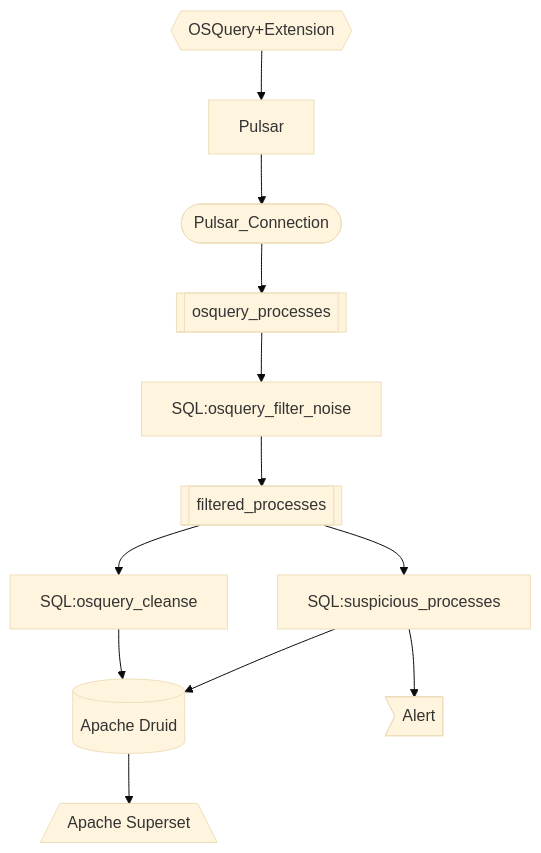
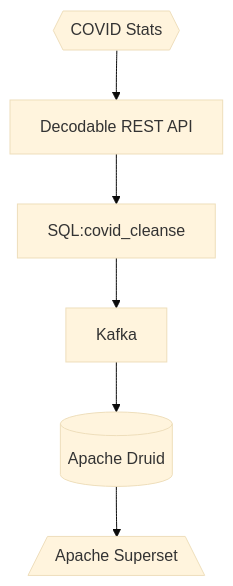
The diagram in druid/README.md (decodableco/examples), drawn with Mermaid (base theme) before and after one commit.

````diff
--- a/druid/README.md
+++ b/druid/README.md
@@ -5,13 +5,8 @@
 ```mermaid
 flowchart TD;
-    os{{OSQuery+Extension}}-->Pulsar-->pc([Pulsar_Connection])
-    
-    pc-->opp[[osquery_processes]]-->SQL:osquery_filter_noise-->fp[[filtered_processes]]
+    ms{{COVID Stats}}-->rest[Decodable REST API]
 
-    fp-->SQL:osquery_cleanse-->db[(Apache Druid)]-->as[/Apache Superset\]
-    fp-->sp[SQL:suspicious_processes]-->a>Alert]
-
-    sp-->db
+    rest-->SQL:covid_cleanse-->Kafka-->db[(Apache Druid)]-->as[/Apache Superset\]
 
 
 ```
````
